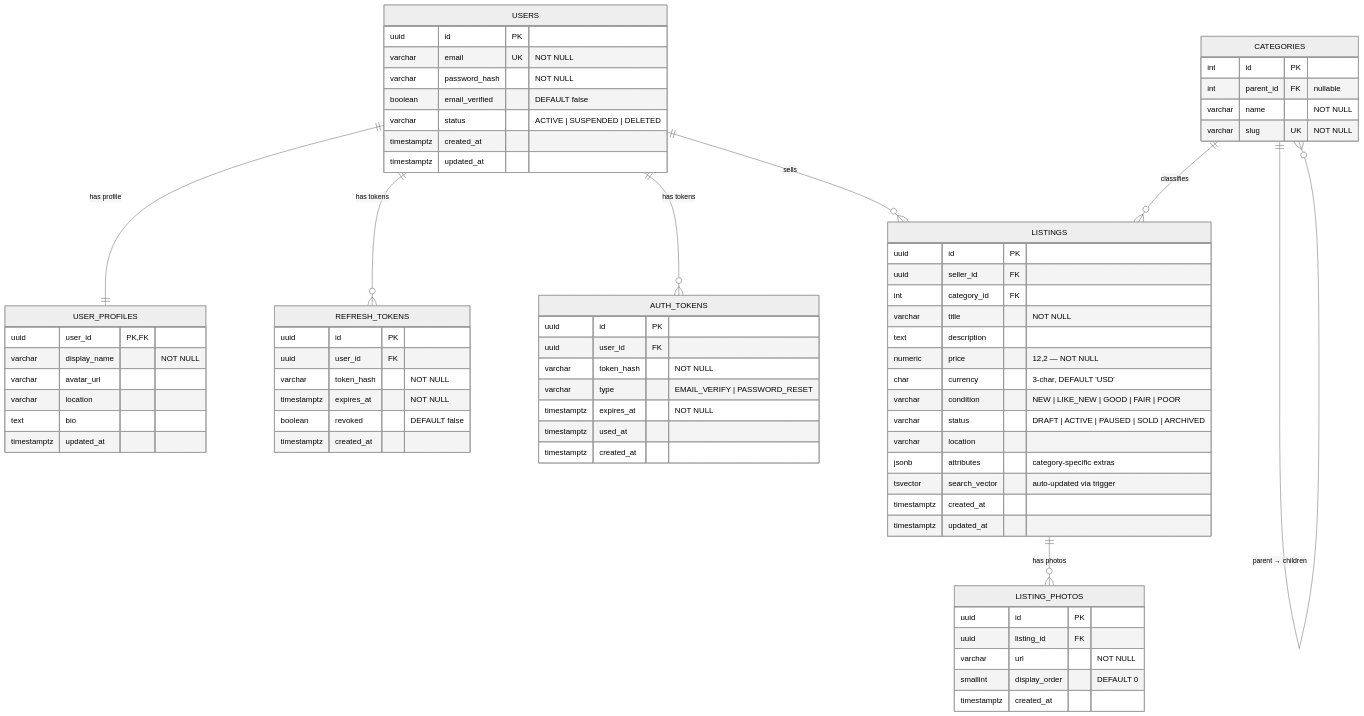
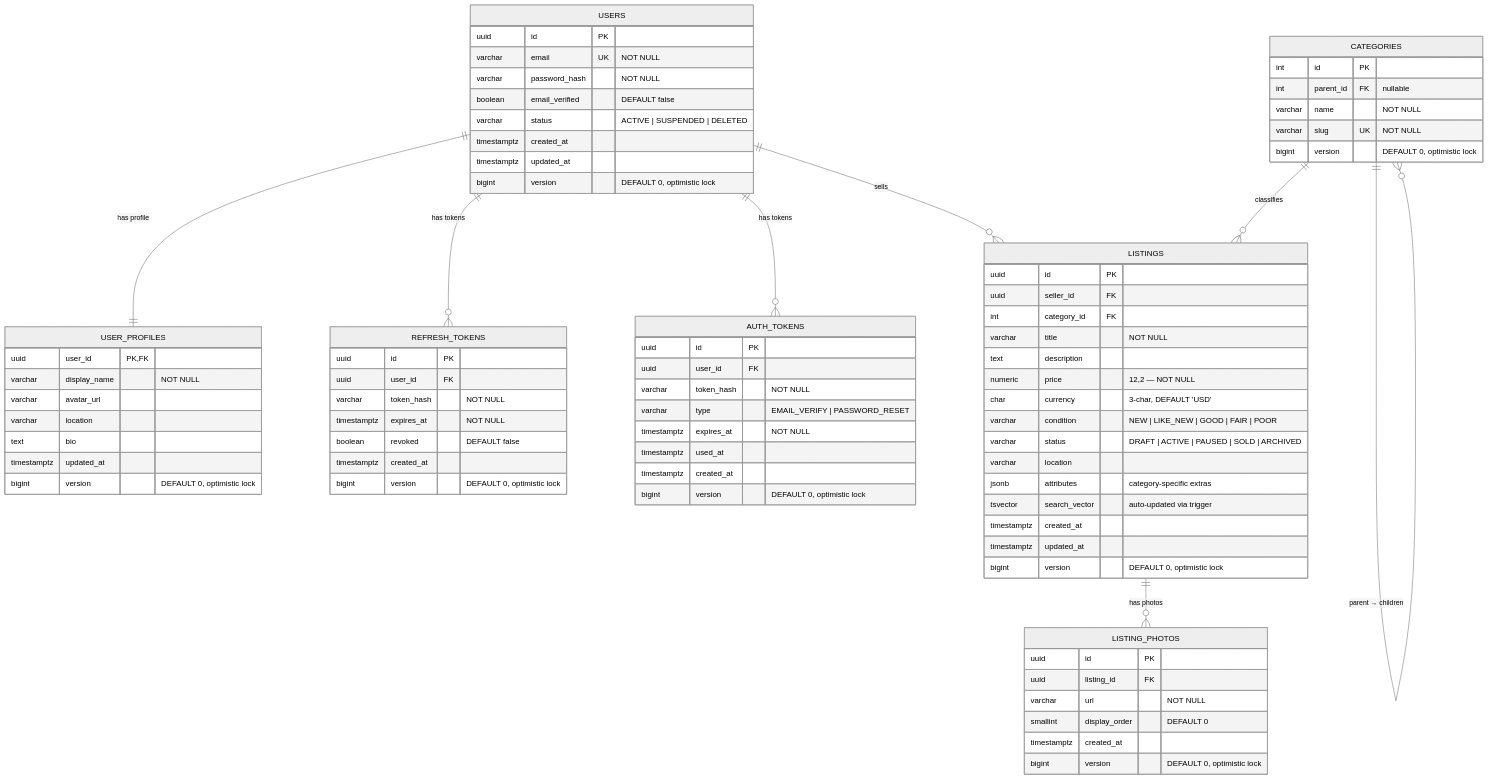
The diagram in architecture/database-schema.md (meradeya/docs), drawn with Mermaid (neutral theme) before and after one commit. The commit also changed other lines of this file, not shown here.

```diff
--- a/architecture/database-schema.md
+++ b/architecture/database-schema.md
@@ -18,6 +20,7 @@
         varchar status "ACTIVE | SUSPENDED | DELETED"
         timestamptz created_at
         timestamptz updated_at
+        bigint version "DEFAULT 0, optimistic lock"
     }
 
     USER_PROFILES {
@@ -27,6 +30,7 @@
         varchar location
         text bio
         timestamptz updated_at
+        bigint version "DEFAULT 0, optimistic lock"
     }
 
     REFRESH_TOKENS {
@@ -36,6 +40,7 @@
         timestamptz expires_at "NOT NULL"
         boolean revoked "DEFAULT false"
         timestamptz created_at
+        bigint version "DEFAULT 0, optimistic lock"
     }
 
     AUTH_TOKENS {
@@ -46,6 +51,7 @@
         timestamptz expires_at "NOT NULL"
         timestamptz used_at
         timestamptz created_at
+        bigint version "DEFAULT 0, optimistic lock"
     }
 
     CATEGORIES {
@@ -53,6 +59,7 @@
         int parent_id FK "nullable"
         varchar name "NOT NULL"
         varchar slug UK "NOT NULL"
+        bigint version "DEFAULT 0, optimistic lock"
     }
 
     LISTINGS {
@@ -70,6 +77,7 @@
         tsvector search_vector "auto-updated via trigger"
         timestamptz created_at
         timestamptz updated_at
+        bigint version "DEFAULT 0, optimistic lock"
     }
 
     LISTING_PHOTOS {
@@ -78,6 +86,7 @@
         varchar url "NOT NULL"
         smallint display_order "DEFAULT 0"
         timestamptz created_at
+        bigint version "DEFAULT 0, optimistic lock"
     }
 
     USERS ||--|| USER_PROFILES: "has profile"
```
